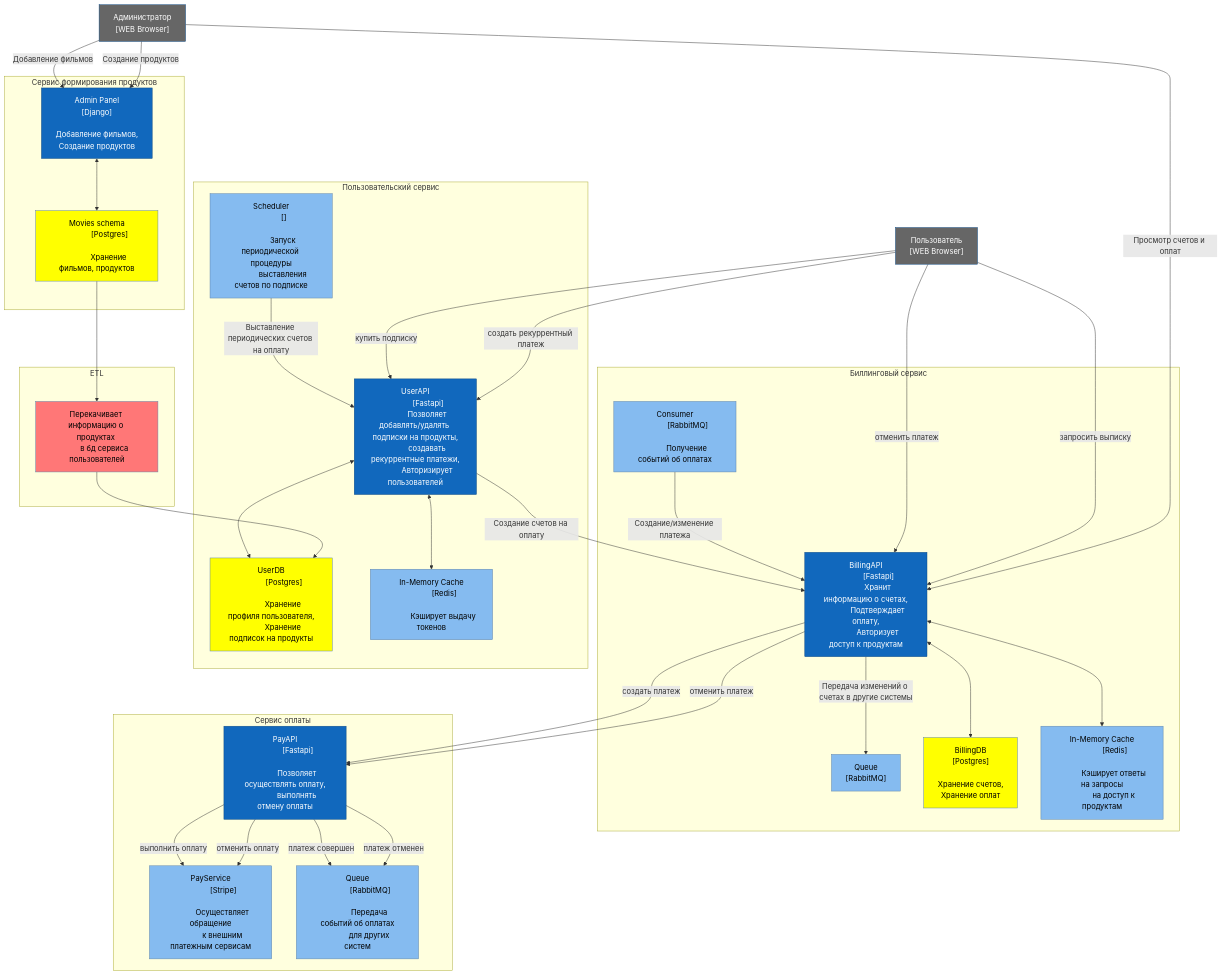
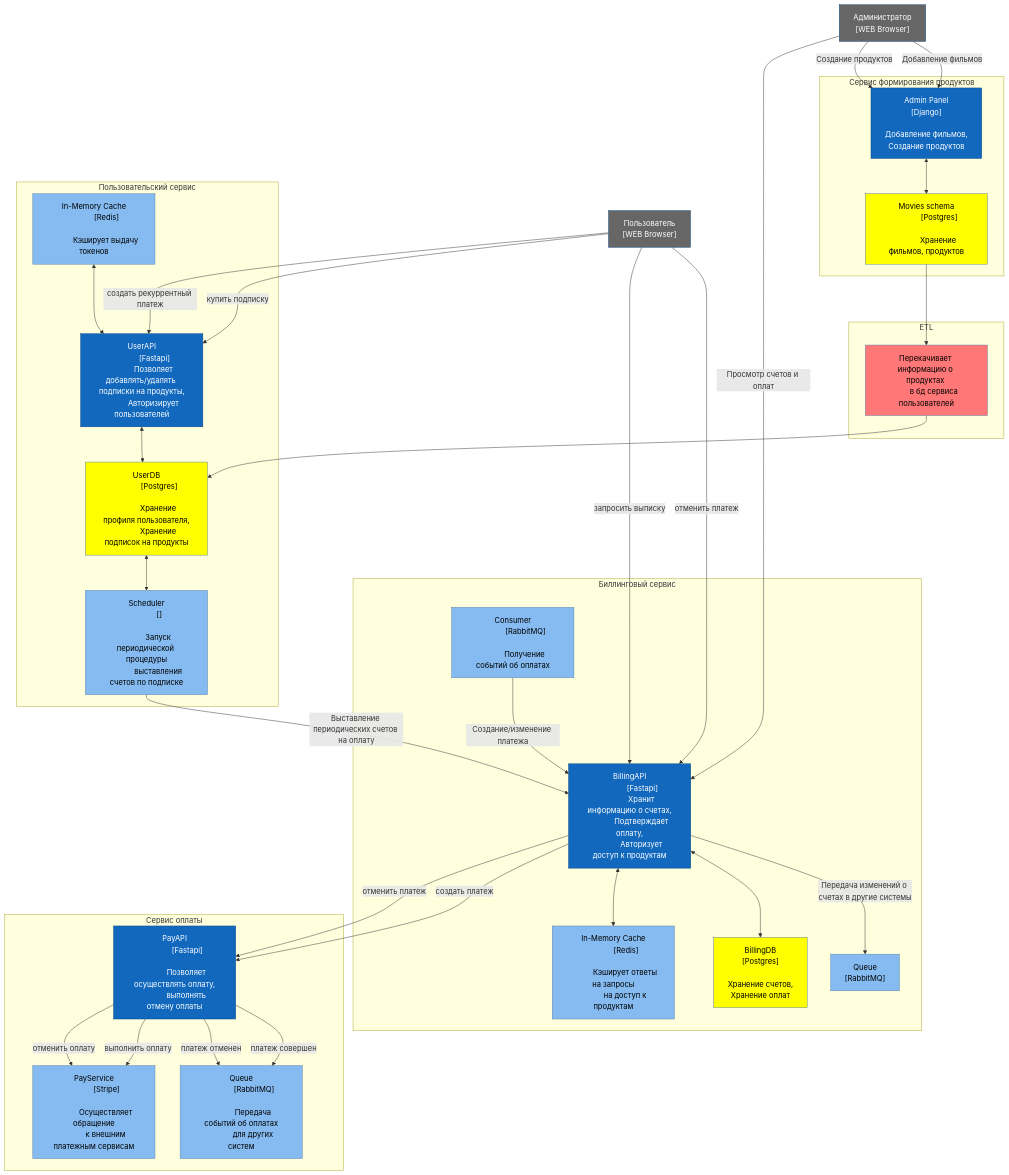
One commit to fall3nangel/Billing_Stripe changed the diagram in architecture/components.md. Above: the diagram before and after it, drawn with Mermaid.

Commit message:
reformate

```diff
--- a/architecture/components.md
+++ b/architecture/components.md
@@ -71,7 +71,8 @@
         BillingQueue--"Создание/изменение платежа"-->BillingAPI
     
     end
-        
+     
+     
     subgraph "Сервис оплаты"
         PayAPI["PayAPI
             [Fastapi]
@@ -103,7 +104,6 @@
         UserAPI["UserAPI
             [Fastapi]
             Позволяет добавлять/удалять подписки на продукты,
-            создавать рекуррентные платежи,
             Авторизирует пользователей"]
 
         
@@ -123,11 +123,13 @@
             [Redis]
             
             Кэширует выдачу токенов"]
-            
-        Scheduler--"Выставление периодических счетов на оплату"-->UserAPI
+
+        Cache<-->UserAPI
+        UserDB<-->Scheduler
         UserAPI<-->UserDB
+
         
-        UserAPI<-->Cache
+
 
     end
 
@@ -148,7 +150,7 @@
     MovieDB-->Admin_panel_TO_UserService
     Admin_panel_TO_UserService-->UserDB
     
-    UserAPI--"Создание счетов на оплату"-->BillingAPI
+    Scheduler--"Выставление периодических счетов на оплату"-->BillingAPI
     
     class AdminPanel api
     class PayAPI api
```
